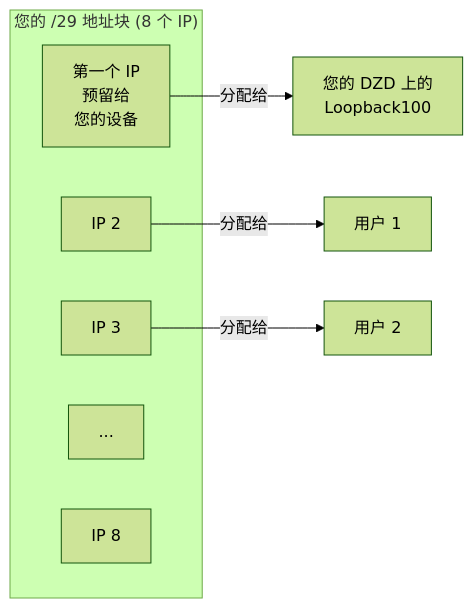
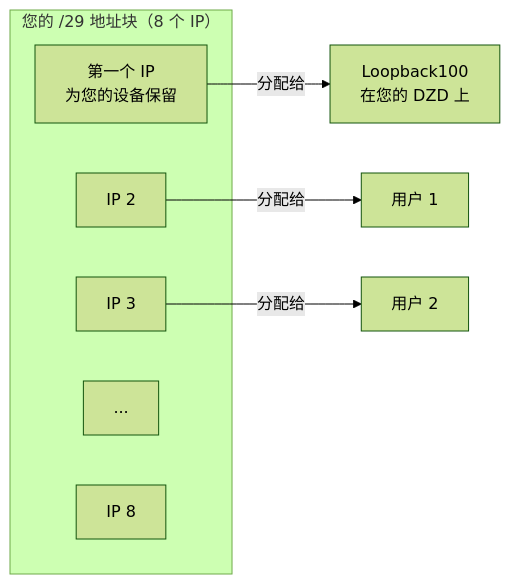
The second of 13 diagrams in docs/contribute-provisioning.zh.md (malbeclabs/docs), drawn with Mermaid (forest theme) before and after one commit. The commit also changed other lines of this file and 130 other files, not shown here.

````diff
--- a/docs/contribute-provisioning.zh.md
+++ b/docs/contribute-provisioning.zh.md
@@ -122,14 +122,14 @@
 ```mermaid
 flowchart LR
-    subgraph "您的 /29 地址块 (8 个 IP)"
-        IP1["第一个 IP<br/>预留给<br/>您的设备"]
+    subgraph "您的 /29 地址块（8 个 IP）"
+        IP1["第一个 IP<br/>为您的设备保留"]
         IP2["IP 2"]
         IP3["IP 3"]
         IP4["..."]
         IP8["IP 8"]
     end
 
-    IP1 -->|分配给| LO[您的 DZD 上的<br/>Loopback100]
+    IP1 -->|分配给| LO[Loopback100<br/>在您的 DZD 上]
     IP2 -->|分配给| U1[用户 1]
     IP3 -->|分配给| U2[用户 2]
 ```
````
